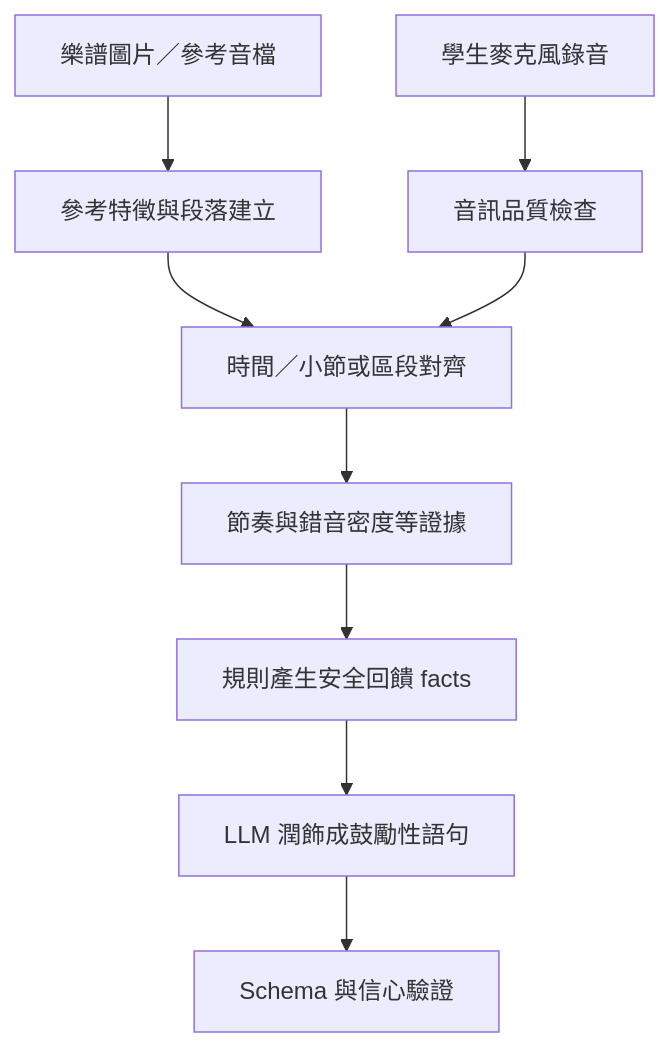
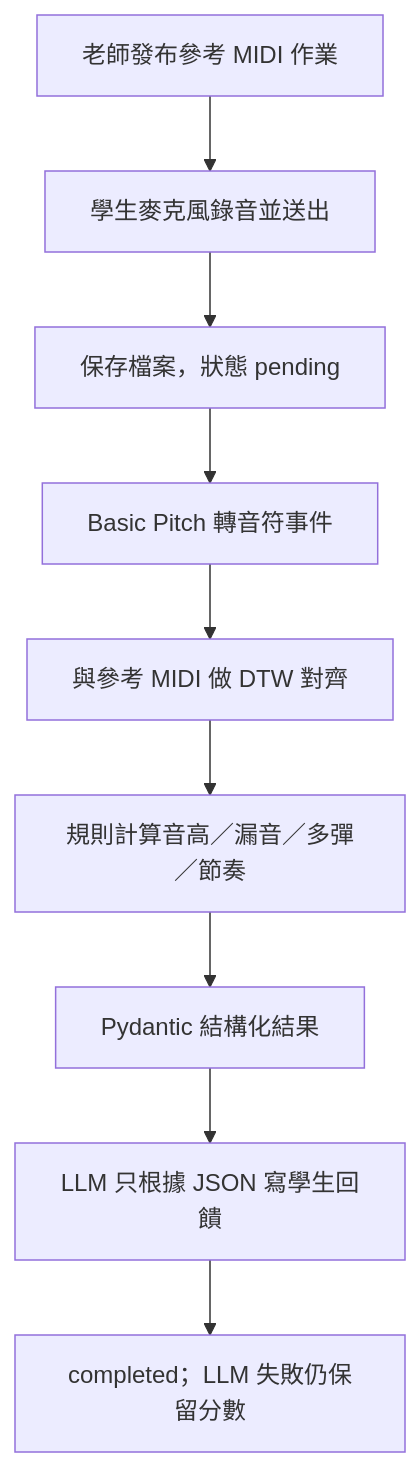
Before and after one commit to AnChen1026/AIPE04_group3: the second of 3 diagrams in docs/SAD系統架構設計.md, drawn with Mermaid. The commit also changed other lines of this file and 18 other files, not shown here.

````diff
--- a/docs/SAD系統架構設計.md
+++ b/docs/SAD系統架構設計.md
@@ -138,11 +149,11 @@
 ```mermaid
 flowchart TD
-    A[樂譜圖片／參考音檔] --> B[參考特徵與段落建立]
-    C[學生麥克風錄音] --> D[音訊品質檢查]
-    B --> E[時間／小節或區段對齊]
-    D --> E
-    E --> F[節奏與錯音密度等證據]
-    F --> G[規則產生安全回饋 facts]
-    G --> H[LLM 潤飾成鼓勵性語句]
-    H --> I[Schema 與信心驗證]
+    A[老師發布參考 MIDI 作業] --> B[學生麥克風錄音並送出]
+    B --> C[保存檔案，狀態 pending]
+    C --> D[Basic Pitch 轉音符事件]
+    D --> E[與參考 MIDI 做 DTW 對齊]
+    E --> F[規則計算音高／漏音／多彈／節奏]
+    F --> G[Pydantic 結構化結果]
+    G --> H[LLM 只根據 JSON 寫學生回饋]
+    H --> I[completed；LLM 失敗仍保留分數]
 ```
````
